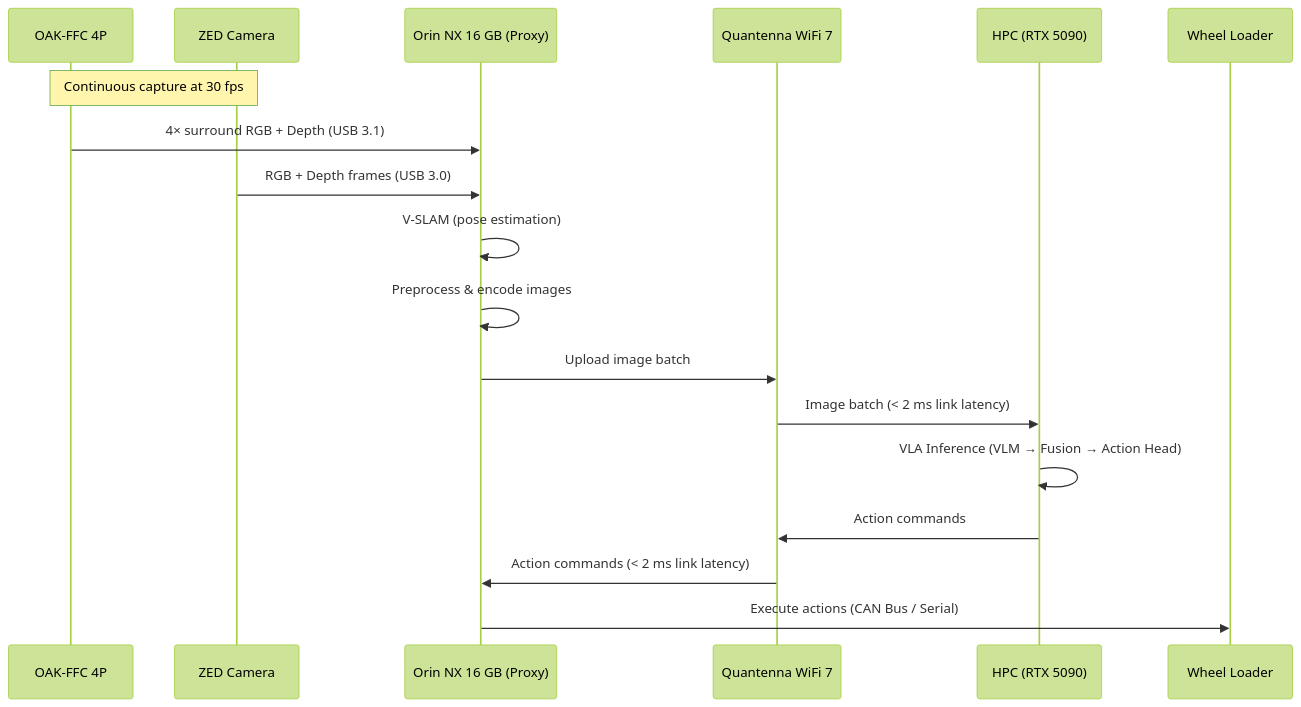
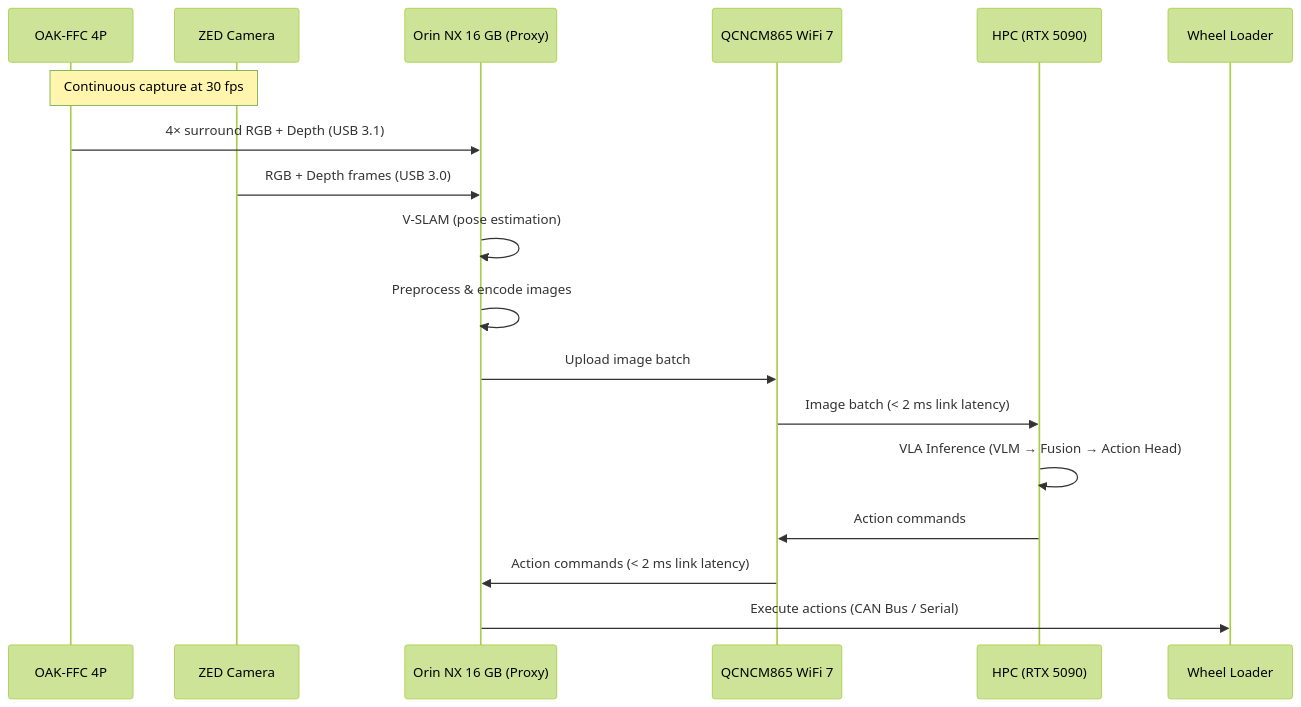
The second of 3 diagrams in docs/design/COMPUTING_PLATFORM.md (wfhit/librobot_vla), drawn with Mermaid (forest theme) before and after one commit. The commit also changed other lines of this file, not shown here.

Commit message:
Replace Quantenna WiFi 7 with Qualcomm QCNCM865 in computing platform doc

````diff
--- a/docs/design/COMPUTING_PLATFORM.md
+++ b/docs/design/COMPUTING_PLATFORM.md
@@ -109,27 +112,27 @@
 ```mermaid
 sequenceDiagram
     participant OAK as OAK-FFC 4P
     participant ZED as ZED Camera
     participant ORIN as Orin NX 16 GB (Proxy)
-    participant WIFI as Quantenna WiFi 7
+    participant WIFI as QCNCM865 WiFi 7
     participant HPC as HPC (RTX 5090)
     participant LOADER as Wheel Loader
 
     Note over OAK,ZED: Continuous capture at 30 fps
 
     OAK->>ORIN: 4× surround RGB + Depth (USB 3.1)
     ZED->>ORIN: RGB + Depth frames (USB 3.0)
 
     ORIN->>ORIN: V-SLAM (pose estimation)
     ORIN->>ORIN: Preprocess & encode images
 
     ORIN->>WIFI: Upload image batch
     WIFI->>HPC: Image batch (< 2 ms link latency)
 
     HPC->>HPC: VLA Inference (VLM → Fusion → Action Head)
 
     HPC->>WIFI: Action commands
     WIFI->>ORIN: Action commands (< 2 ms link latency)
 
     ORIN->>LOADER: Execute actions (CAN Bus / Serial)
 ```
````
